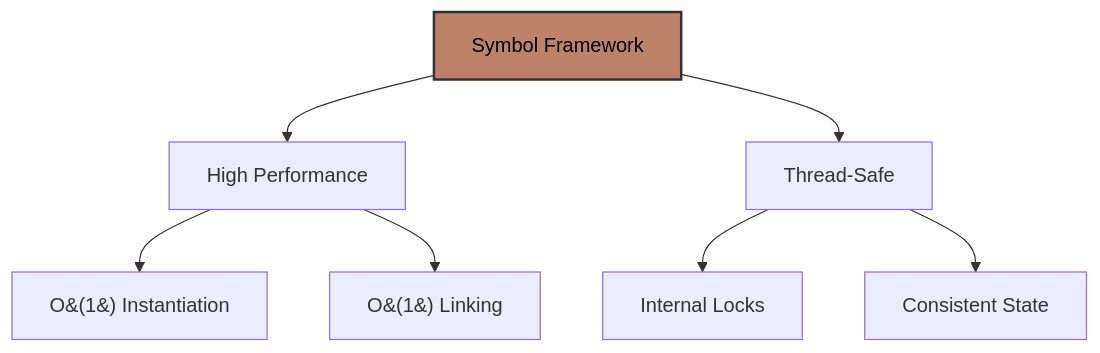
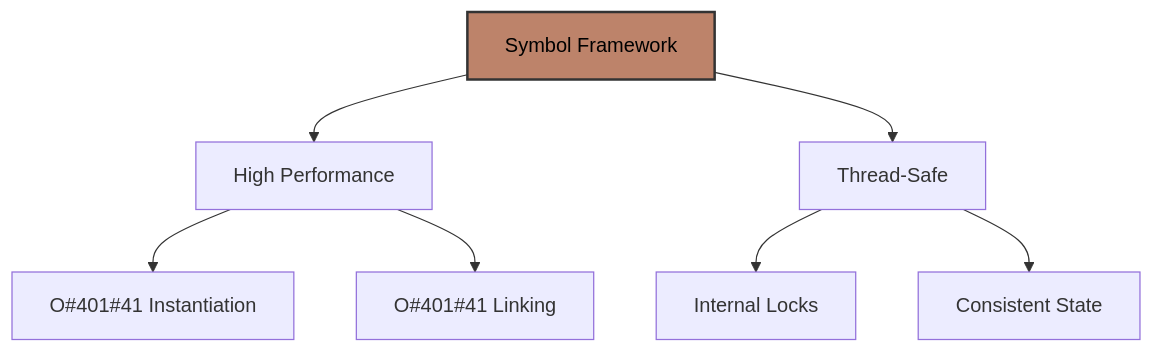
One commit to ikko/sym changed the first of 3 diagrams in docs/readme_details/13_conclusion/index.md. Above: the diagram before and after it, drawn with Mermaid. The commit also changed 38 other files, not shown here.

Commit message:
mermaids maybe fixed

````diff
--- a/docs/readme_details/13_conclusion/index.md
+++ b/docs/readme_details/13_conclusion/index.md
@@ -10,13 +10,13 @@
 ```mermaid
 graph TD
     A[Symbol Framework] --> B[High Performance];
-    B --> C[O&#40;1&#41; Instantiation];
-    B --> D[O&#40;1&#41; Linking];
+    B --> C[O#401#41 Instantiation];
+    B --> D[O#401#41 Linking];
     A --> E[Thread-Safe];
     E --> F[Internal Locks];
     E --> G[Consistent State];
 
     style A fill:#bd836a,stroke:#333,stroke-width:2px,color:#000000;
 
     style A fill:#bd836a,stroke:#333,stroke-width:2px,color:#000000;
 ```
````
